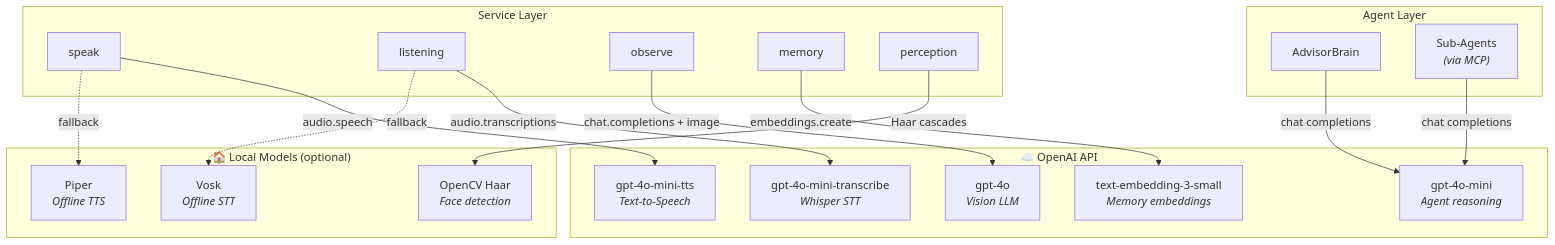
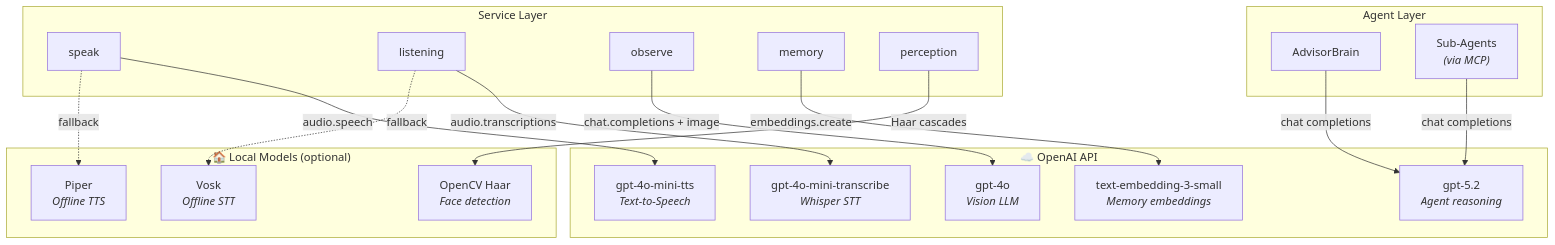
One commit to SeEngel/pi_rc_bot changed diagram 17 of 23 in README.md. Above: the diagram before and after it, drawn with Mermaid. The commit also changed other lines of this file and 1 other file, not shown here.

````diff
--- a/README.md
+++ b/README.md
@@ -580,44 +588,44 @@
 ```mermaid
 flowchart TB
     subgraph OPENAI["☁️ OpenAI API"]
         GPT4O["gpt-4o<br/><i>Vision LLM</i>"]
-        GPT4OMINI["gpt-4o-mini<br/><i>Agent reasoning</i>"]
+        GPT4OMINI["gpt-5.2<br/><i>Agent reasoning</i>"]
         WHISPER["gpt-4o-mini-transcribe<br/><i>Whisper STT</i>"]
         TTS["gpt-4o-mini-tts<br/><i>Text-to-Speech</i>"]
         EMB["text-embedding-3-small<br/><i>Memory embeddings</i>"]
     end
 
     subgraph LOCAL["🏠 Local Models (optional)"]
         VOSK["Vosk<br/><i>Offline STT</i>"]
         PIPER["Piper<br/><i>Offline TTS</i>"]
         HAAR["OpenCV Haar<br/><i>Face detection</i>"]
     end
 
     subgraph AGENTS["Agent Layer"]
         ADVISOR["AdvisorBrain"]
         SUBAGENTS["Sub-Agents<br/><i>(via MCP)</i>"]
     end
 
     subgraph SERVICES["Service Layer"]
         SVC_SPEAK["speak"]
         SVC_LISTEN["listening"]
         SVC_OBSERVE["observe"]
         SVC_MEMORY["memory"]
         SVC_PERCEP["perception"]
     end
 
     %% Agent → OpenAI (reasoning)
     ADVISOR -->|chat completions| GPT4OMINI
     SUBAGENTS -->|chat completions| GPT4OMINI
 
     %% Services → OpenAI
     SVC_SPEAK -->|audio.speech| TTS
     SVC_LISTEN -->|audio.transcriptions| WHISPER
     SVC_OBSERVE -->|chat.completions + image| GPT4O
     SVC_MEMORY -->|embeddings.create| EMB
 
     %% Local alternatives
     SVC_SPEAK -.->|fallback| PIPER
     SVC_LISTEN -.->|fallback| VOSK
     SVC_PERCEP -->|Haar cascades| HAAR
 ```
````
